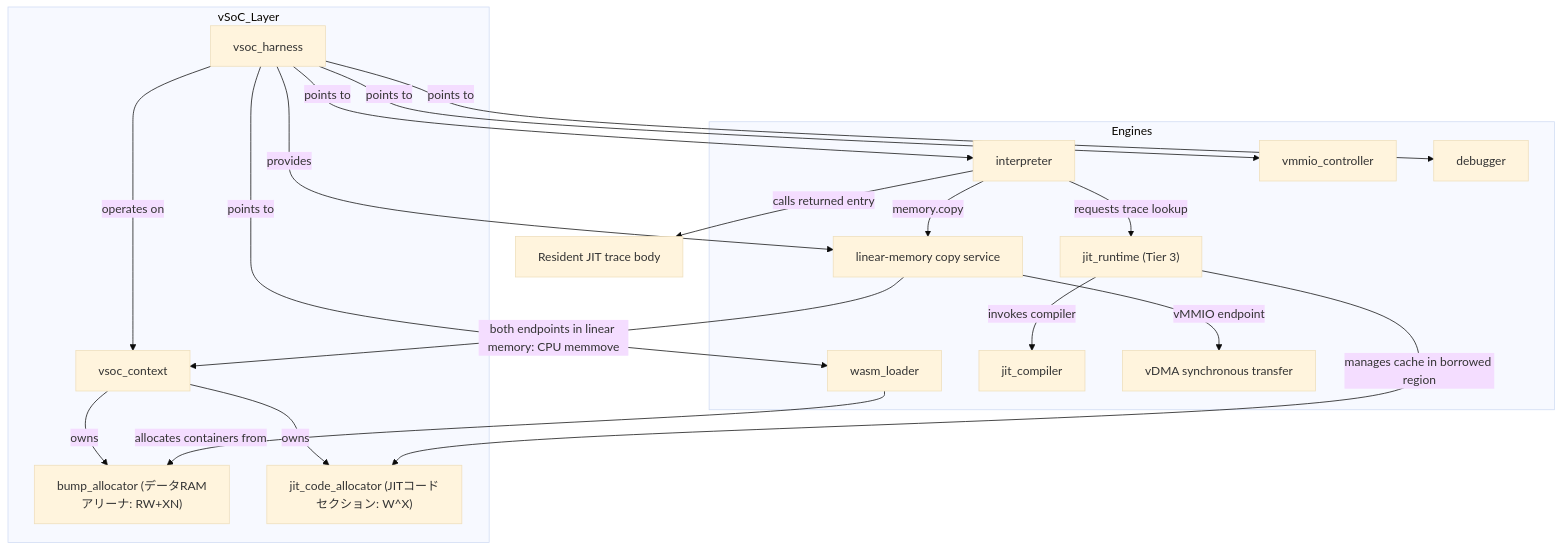
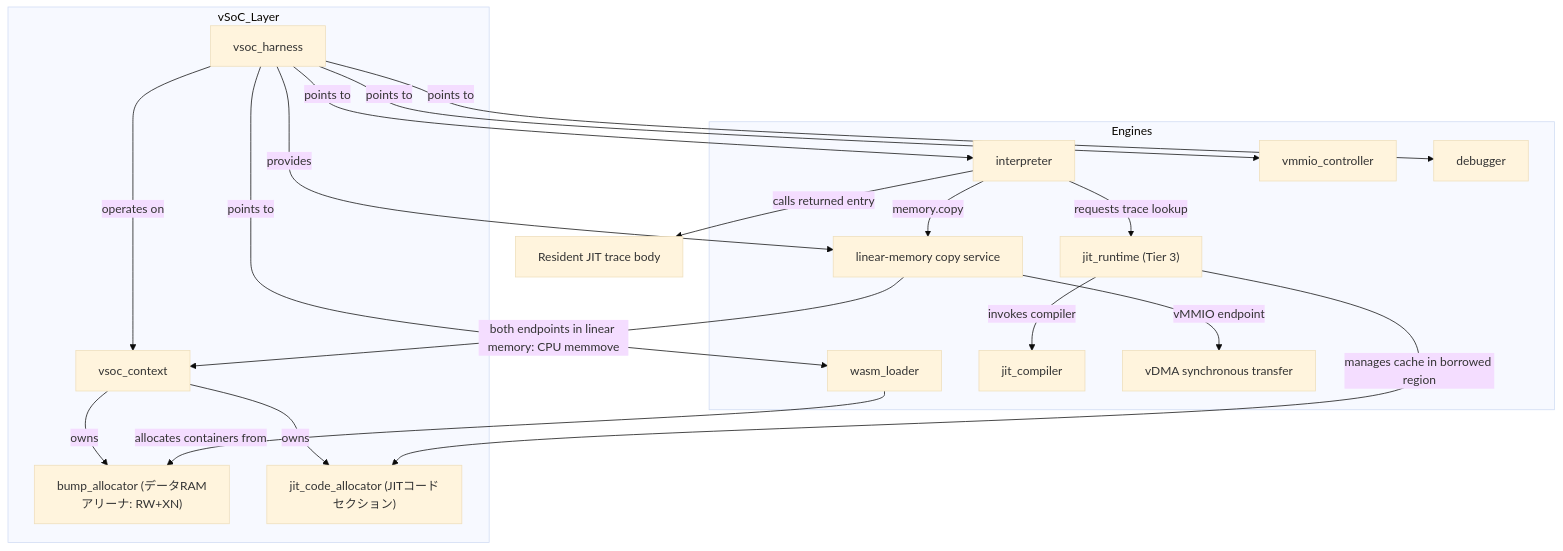
One commit to kmt-t/fireball changed the first of 7 diagrams in docs/components/tier2_runtime/runtime_vsoc.md. Above: the diagram before and after it, drawn with Mermaid (base theme). The commit also changed other lines of this file and 633 other files, not shown here.

````diff
--- a/docs/components/tier2_runtime/runtime_vsoc.md
+++ b/docs/components/tier2_runtime/runtime_vsoc.md
@@ -38,37 +38,37 @@
 ```mermaid
 graph TD
     subgraph vSoC_Layer
         Harness["vsoc_harness"]
         Context["vsoc_context"]
         Alloc["bump_allocator (データRAMアリーナ: RW+XN)"]
-        JitAlloc["jit_code_allocator (JITコードセクション: W^X)"]
+        JitAlloc["jit_code_allocator (JITコードセクション)"]
     end
 
     subgraph Engines
         Loader["wasm_loader"]
         Interp["interpreter"]
         JIT["jit_compiler"]
         JITRuntime["jit_runtime (Tier 3)"]
         BulkCopy["linear-memory copy service"]
         VDMA["vDMA synchronous transfer"]
         vMMIO["vmmio_controller"]
         Debug["debugger"]
     end
 
     Harness -- points to --> Loader
     Harness -- points to --> Interp
     Harness -- points to --> vMMIO
     Harness -- points to --> Debug
     Harness -- operates on --> Context
     Harness -- provides --> BulkCopy
     Interp -- requests trace lookup --> JITRuntime
     Interp -- calls returned entry --> TraceBody[Resident JIT trace body]
     Interp -- memory.copy --> BulkCopy
     BulkCopy -- vMMIO endpoint --> VDMA
     BulkCopy -- both endpoints in linear memory: CPU memmove --> Context
     Context -- owns --> Alloc
     Context -- owns --> JitAlloc
     Loader -- allocates containers from --> Alloc
     JITRuntime -- manages cache in borrowed region --> JitAlloc
     JITRuntime -- invokes compiler --> JIT
 ```
````
